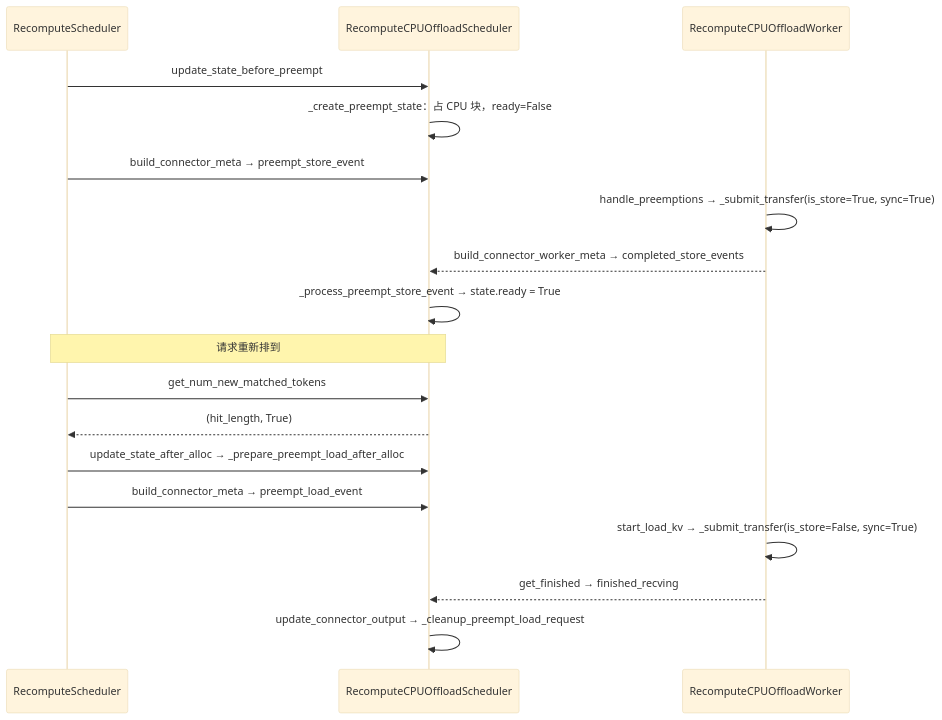
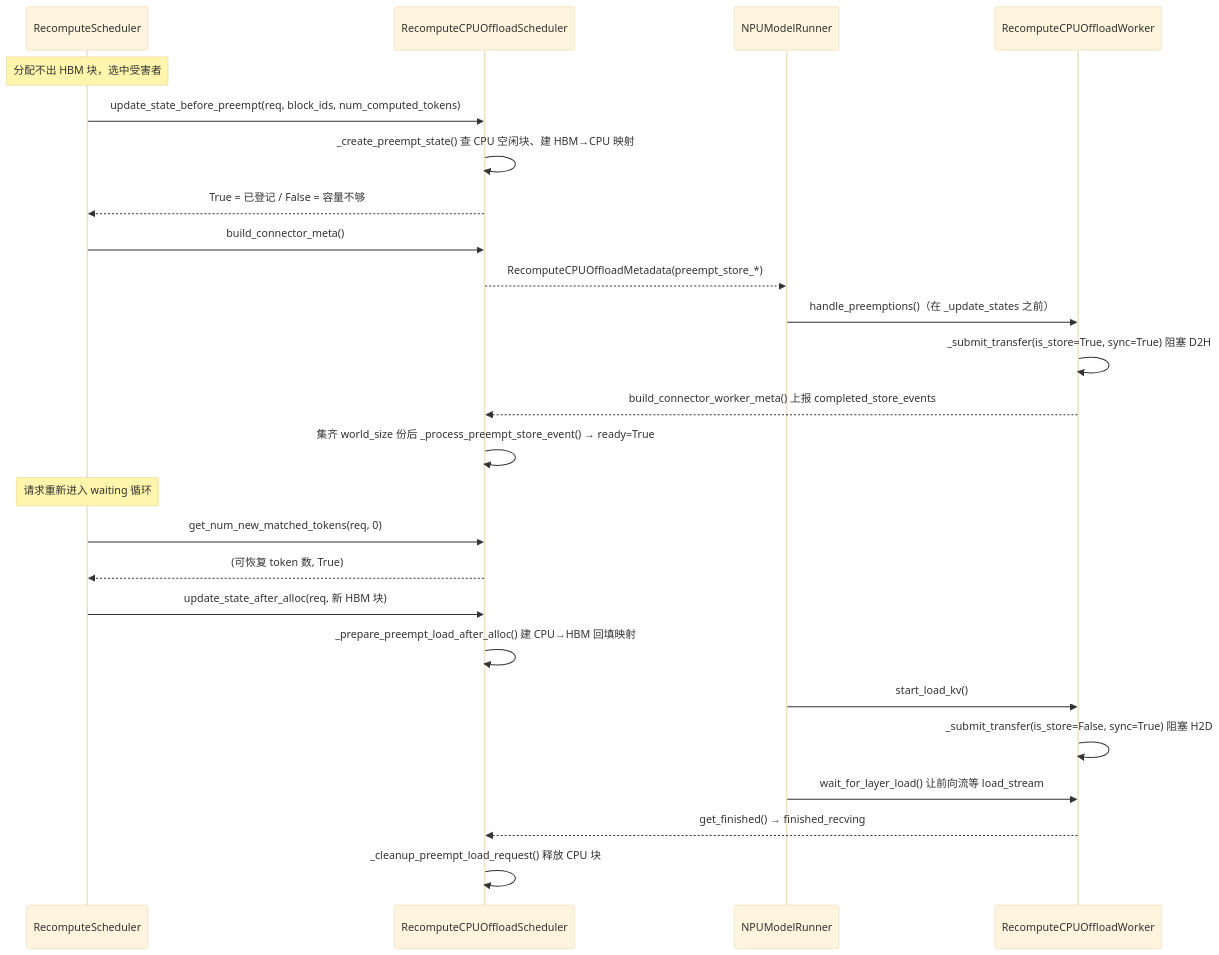
The diagram in wiki/_drafts/recompute-cpu-offload.md (BailanCaptain/infer-lab), drawn with Mermaid (base theme) before and after one commit. The commit also changed other lines of this file and 21 other files, not shown here.

````diff
--- a/wiki/_drafts/recompute-cpu-offload.md
+++ b/wiki/_drafts/recompute-cpu-offload.md
@@ -86,20 +69,29 @@
 ```mermaid
 sequenceDiagram
     participant S as RecomputeScheduler
     participant M as RecomputeCPUOffloadScheduler
+    participant R as NPUModelRunner
     participant W as RecomputeCPUOffloadWorker
-    S->>M: update_state_before_preempt
-    M->>M: _create_preempt_state：占 CPU 块，ready=False
-    S->>M: build_connector_meta → preempt_store_event
-    W->>W: handle_preemptions → _submit_transfer(is_store=True, sync=True)
-    W-->>M: build_connector_worker_meta → completed_store_events
-    M->>M: _process_preempt_store_event → state.ready = True
-    Note over S,M: 请求重新排到
-    S->>M: get_num_new_matched_tokens
-    M-->>S: (hit_length, True)
-    S->>M: update_state_after_alloc → _prepare_preempt_load_after_alloc
-    S->>M: build_connector_meta → preempt_load_event
-    W->>W: start_load_kv → _submit_transfer(is_store=False, sync=True)
-    W-->>M: get_finished → finished_recving
-    M->>M: update_connector_output → _cleanup_preempt_load_request
+
+    Note over S: 分配不出 HBM 块，选中受害者
+    S->>M: update_state_before_preempt(req, block_ids, num_computed_tokens)
+    M->>M: _create_preempt_state() 查 CPU 空闲块、建 HBM→CPU 映射
+    M-->>S: True = 已登记 / False = 容量不够
+    S->>M: build_connector_meta()
+    M-->>R: RecomputeCPUOffloadMetadata(preempt_store_*)
+    R->>W: handle_preemptions()（在 _update_states 之前）
+    W->>W: _submit_transfer(is_store=True, sync=True) 阻塞 D2H
+    W-->>M: build_connector_worker_meta() 上报 completed_store_events
+    M->>M: 集齐 world_size 份后 _process_preempt_store_event() → ready=True
+
+    Note over S: 请求重新进入 waiting 循环
+    S->>M: get_num_new_matched_tokens(req, 0)
+    M-->>S: (可恢复 token 数, True)
+    S->>M: update_state_after_alloc(req, 新 HBM 块)
+    M->>M: _prepare_preempt_load_after_alloc() 建 CPU→HBM 回填映射
+    R->>W: start_load_kv()
+    W->>W: _submit_transfer(is_store=False, sync=True) 阻塞 H2D
+    R->>W: wait_for_layer_load() 让前向流等 load_stream
+    W-->>M: get_finished() → finished_recving
+    M->>M: _cleanup_preempt_load_request() 释放 CPU 块
 ```
````
